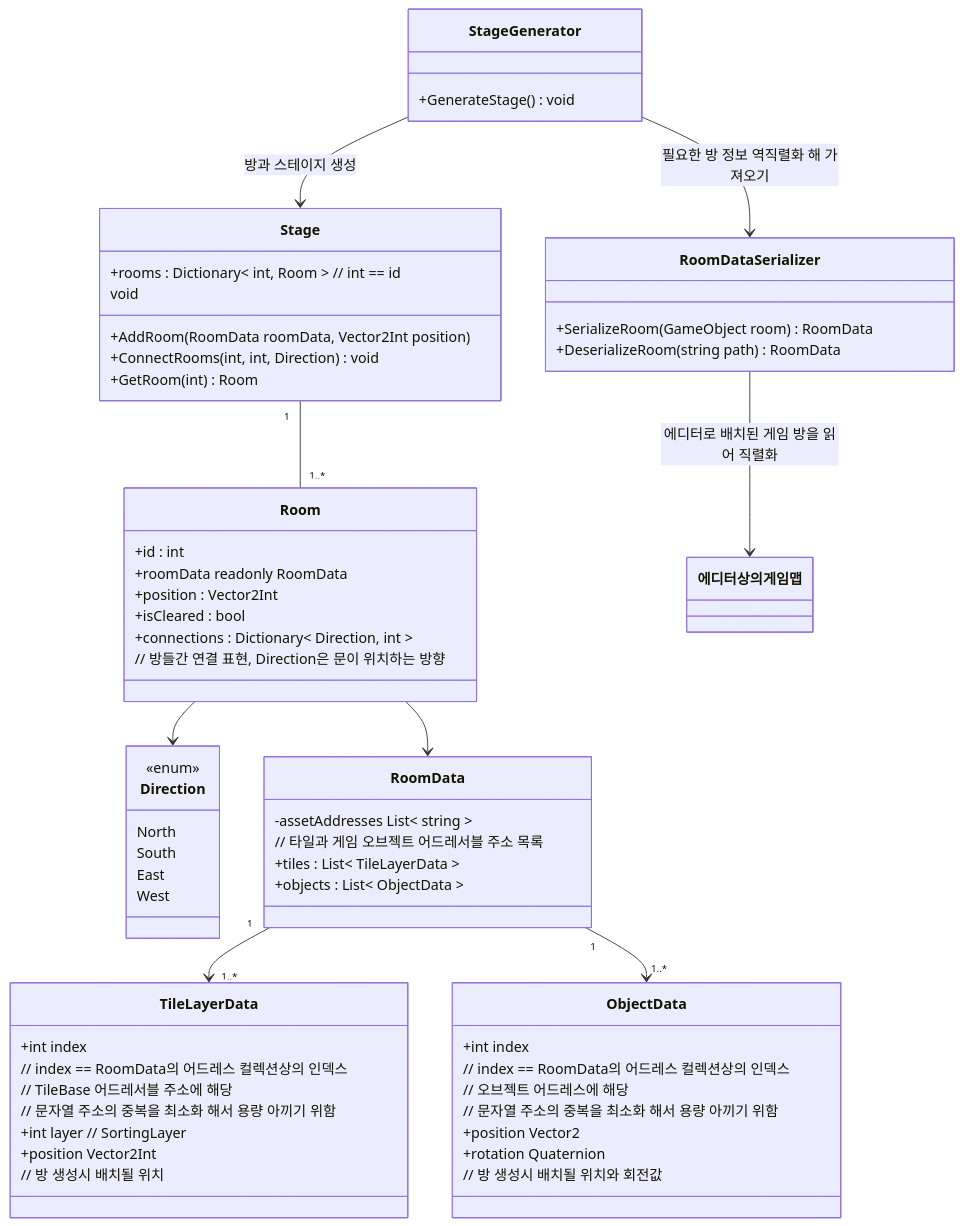
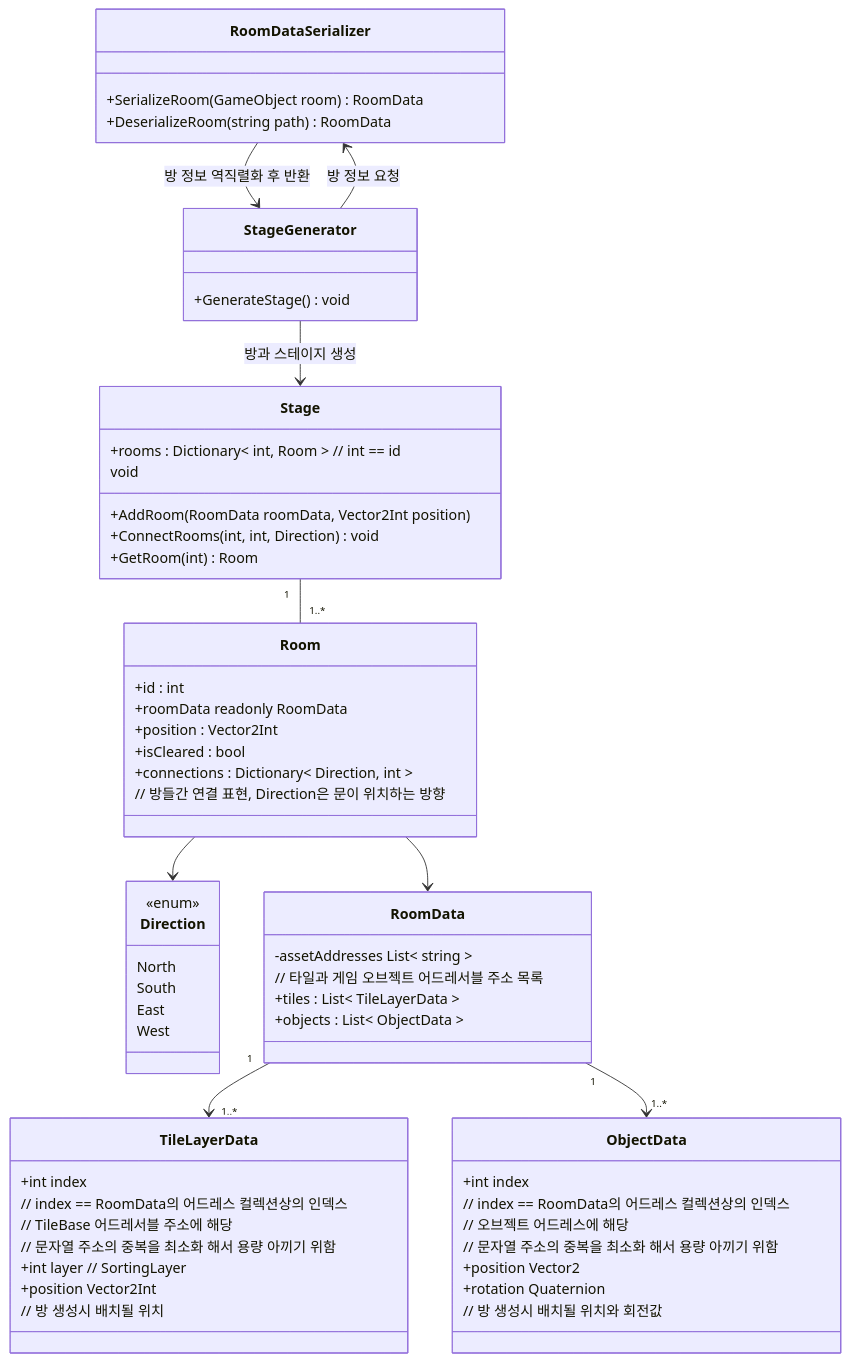
The first of 3 diagrams in Assets/_README/Stage_Spec.md (JIN5EOK/DungeonShooter), drawn with Mermaid before and after one commit. The commit also changed other lines of this file, not shown here.

````diff
--- a/Assets/_README/Stage_Spec.md
+++ b/Assets/_README/Stage_Spec.md
@@ -30,67 +35,67 @@
 ```mermaid
 classDiagram
     class Direction {
         <<enum>>
         North
         South
         East
         West
     }
     class Stage {
         +rooms : Dictionary< int, Room > // int == id
         +AddRoom(RoomData roomData, Vector2Int position) 
         void
         +ConnectRooms(int, int, Direction) void
         +GetRoom(int) Room
     }
     class Room {
         +id : int
         +roomData readonly RoomData 
         +position : Vector2Int
         +isCleared : bool
         +connections : Dictionary< Direction, int > 
         // 방들간 연결 표현, Direction은 문이 위치하는 방향
     }
     class RoomData {
         -assetAddresses List< string >
         // 타일과 게임 오브젝트 어드레서블 주소 목록
         +tiles : List< TileLayerData >
         +objects : List< ObjectData >
     }
 
     class TileLayerData{
         +int index
         // index == RoomData의 어드레스 컬렉션상의 인덱스
         // TileBase 어드레서블 주소에 해당
         // 문자열 주소의 중복을 최소화 해서 용량 아끼기 위함
         +int layer // SortingLayer
         +position Vector2Int
         // 방 생성시 배치될 위치
     }
 
     class ObjectData{
         +int index
         // index == RoomData의 어드레스 컬렉션상의 인덱스
         // 오브젝트 어드레스에 해당
         // 문자열 주소의 중복을 최소화 해서 용량 아끼기 위함
         +position Vector2
         +rotation Quaternion
         // 방 생성시 배치될 위치와 회전값
     }
 
     class RoomDataSerializer{
         +SerializeRoom(GameObject room) RoomData
         +DeserializeRoom(string path) RoomData
     }
     class StageGenerator{
         +GenerateStage() void
     }
     Room --> Direction
-    StageGenerator --> RoomDataSerializer : 필요한 방 정보 역직렬화 해 가져오기
+    StageGenerator --> RoomDataSerializer : 방 정보 요청
     StageGenerator --> Stage : 방과 스테이지 생성
-    RoomDataSerializer -->  에디터상의게임맵 : 에디터로 배치된 게임 방을 읽어 직렬화
+    RoomDataSerializer -->  StageGenerator : 방 정보 역직렬화 후 반환
     Stage "1" -- "1..*" Room
     Room --> RoomData
     RoomData "1"-->"1..*" TileLayerData
     RoomData "1"-->"1..*" ObjectData
 ```
````
